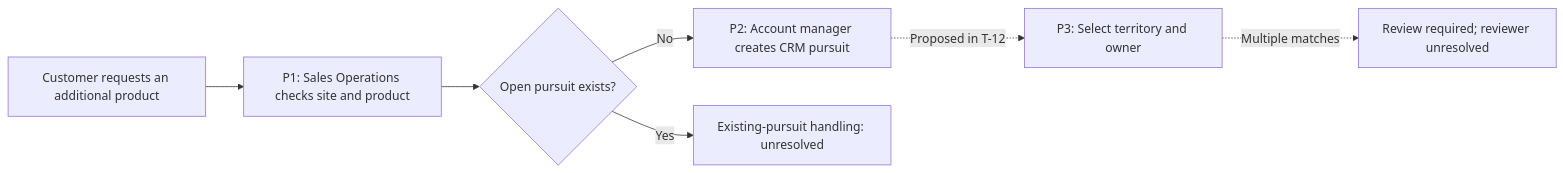
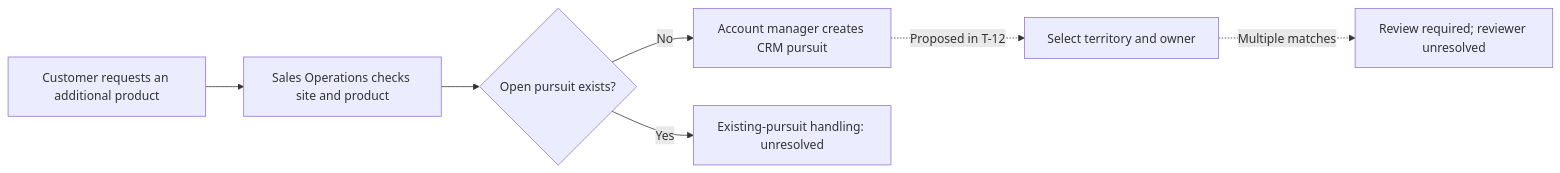
One commit to mshellman-llc/Skills-Estate changed the diagram in skills/map-sales-process/references/output-model.md. Above: the diagram before and after it, drawn with Mermaid. The commit also changed other lines of this file and 30 other files, not shown here.

````diff
--- a/skills/map-sales-process/references/output-model.md
+++ b/skills/map-sales-process/references/output-model.md
@@ -49,9 +53,9 @@
 ```mermaid
 flowchart LR
-    A["Customer requests an additional product"] --> B["P1: Sales Operations checks site and product"]
+    A["Customer requests an additional product"] --> B["Sales Operations checks site and product"]
     B --> C{"Open pursuit exists?"}
-    C -->|No| D["P2: Account manager creates CRM pursuit"]
+    C -->|No| D["Account manager creates CRM pursuit"]
     C -->|Yes| E["Existing-pursuit handling: unresolved"]
-    D -. "Proposed in T-12" .-> F["P3: Select territory and owner"]
+    D -. "Proposed in T-12" .-> F["Select territory and owner"]
     F -. "Multiple matches" .-> G["Review required; reviewer unresolved"]
 ```
````
